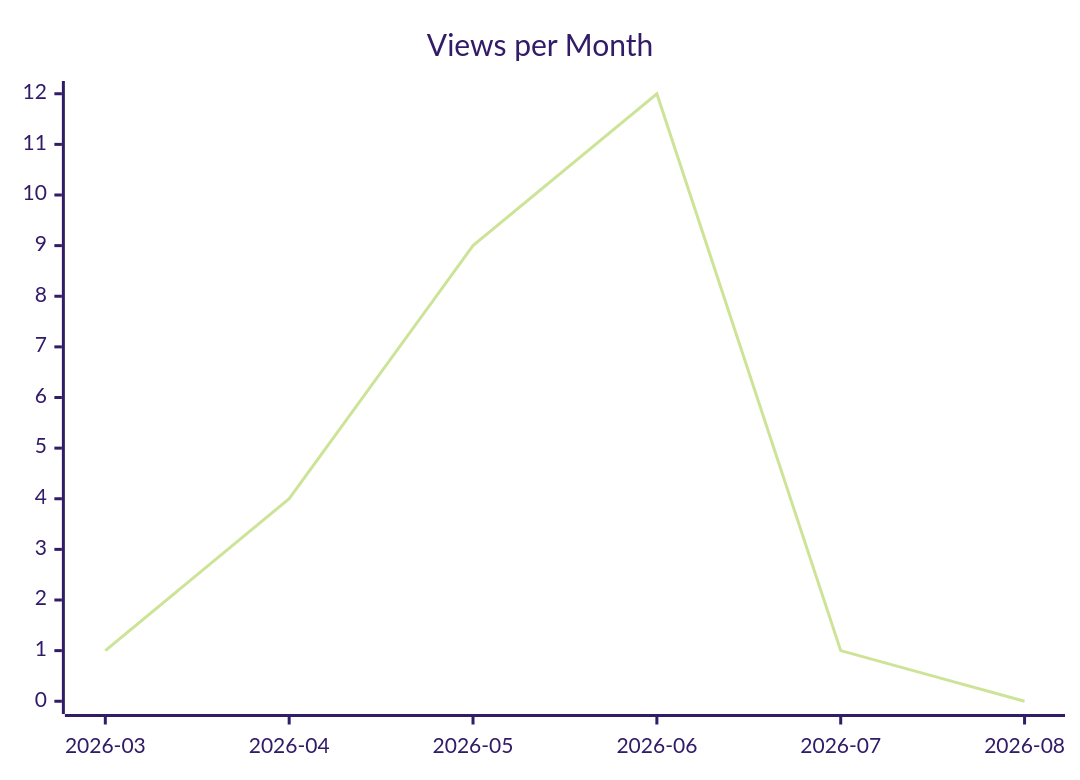
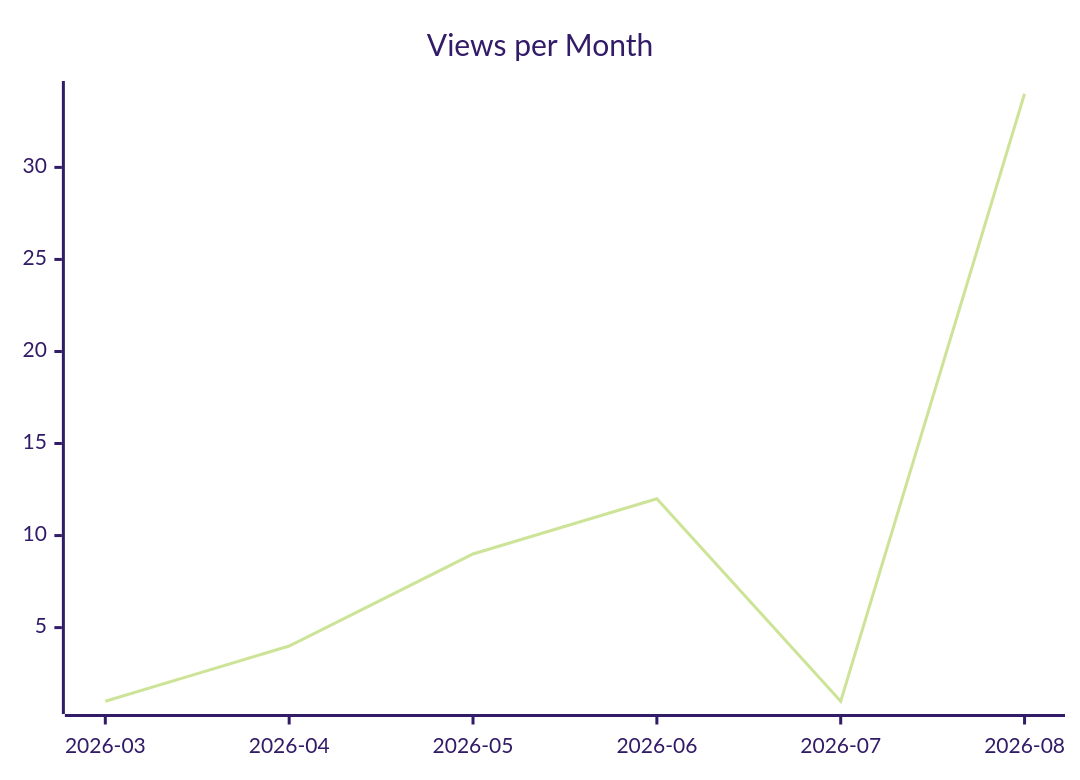
One commit to justdavis-family/github-analytics-data changed the second of 3 diagrams in justdavis-family/justdavis/README.md. Above: the diagram before and after it, drawn with Mermaid (forest theme). The commit also changed other lines of this file and 156 other files, not shown here.

````diff
--- a/justdavis-family/justdavis/README.md
+++ b/justdavis-family/justdavis/README.md
@@ -12,6 +12,6 @@
 ```mermaid
 xychart-beta
   title "Views per Month"
   x-axis ["2026-03", "2026-04", "2026-05", "2026-06", "2026-07", "2026-08"]
-  line [1, 4, 9, 12, 1, 0]
+  line [1, 4, 9, 12, 1, 34]
 ```
````
